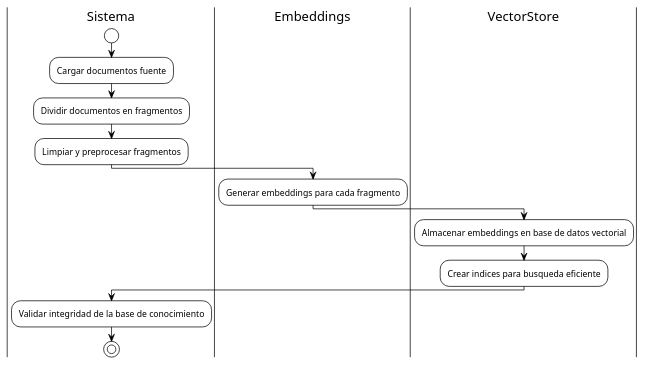
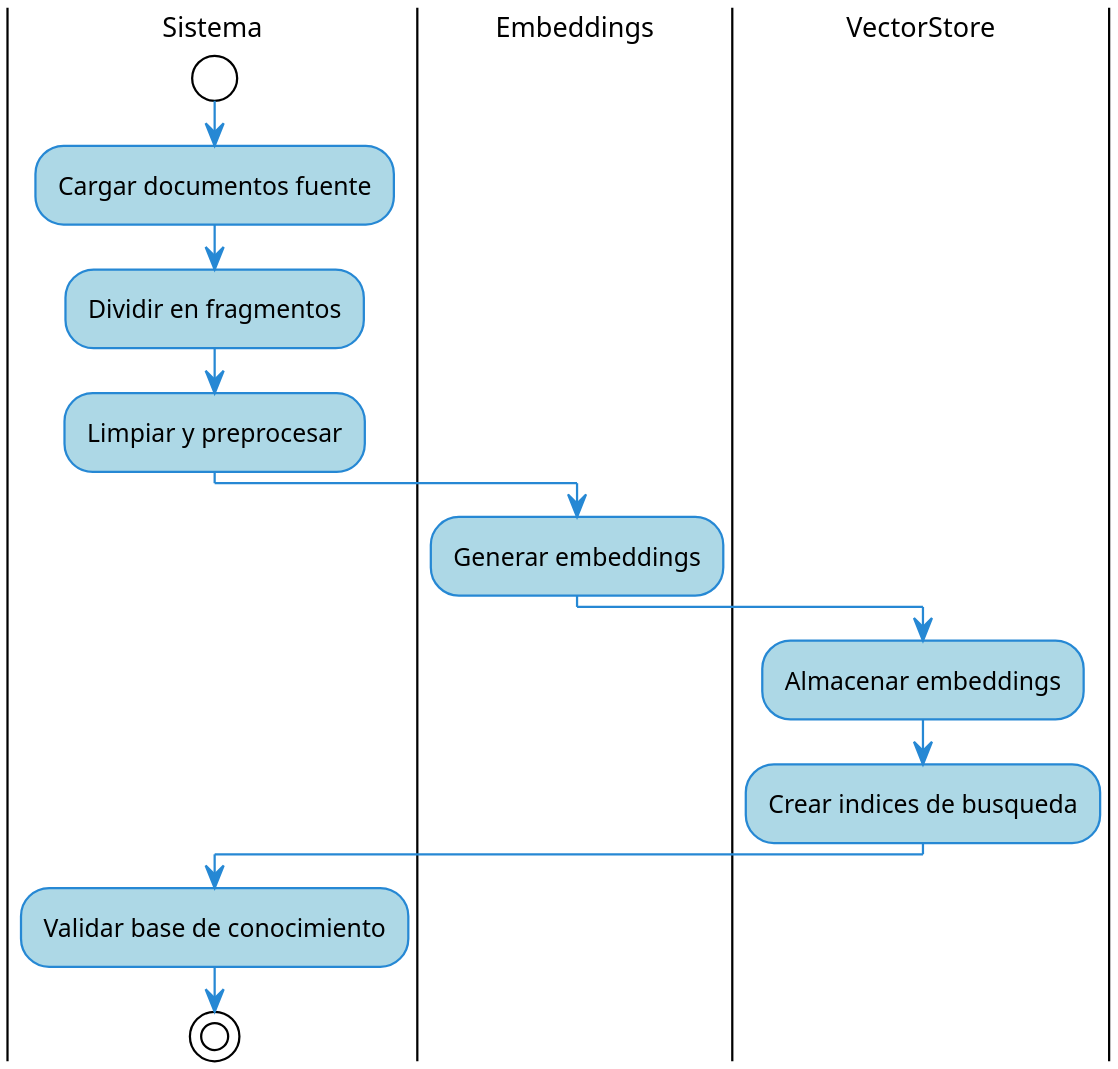
One commit to carloss4dv/langagent changed the diagram in diagrams/recuperacion_rag.puml. Above: the diagram before and after it, drawn with PlantUML. The commit also changed 44 other files, not shown here.

```diff
--- a/diagrams/recuperacion_rag.puml
+++ b/diagrams/recuperacion_rag.puml
@@ -1,23 +1,44 @@
-@startuml
+@startuml "Flujo de Recuperacion en RAG"
+' Mejora la legibilidad y la calidad de la imagen para documentos.
 !theme plain
+skinparam {
+    dpi 300
+    shadowing false
+    backgroundColor transparent
+    defaultFontName "Arial"
+    defaultFontSize 12
+    
+    activity {
+        borderColor #2688d4
+        backgroundColor #add8e6
+        fontName "Arial"
+        fontSize 11
+    }
+
+    arrow {
+        color #2688d4
+    }
+
+    partition {
+        borderColor #2688d4
+        backgroundColor #f0f8ff
+    }
+}
 
 |Sistema|
 start
-
 :Cargar documentos fuente;
-:Dividir documentos en fragmentos;
-:Limpiar y preprocesar fragmentos;
+:Dividir en fragmentos;
+:Limpiar y preprocesar;
 
 |Embeddings|
-:Generar embeddings para cada fragmento;
+:Generar embeddings;
 
 |VectorStore|
-:Almacenar embeddings en base de datos vectorial;
-:Crear indices para busqueda eficiente;
+:Almacenar embeddings;
+:Crear indices de busqueda;
 
 |Sistema|
-:Validar integridad de la base de conocimiento;
-
+:Validar base de conocimiento;
 stop
-
-@enduml 
+@enduml
```
